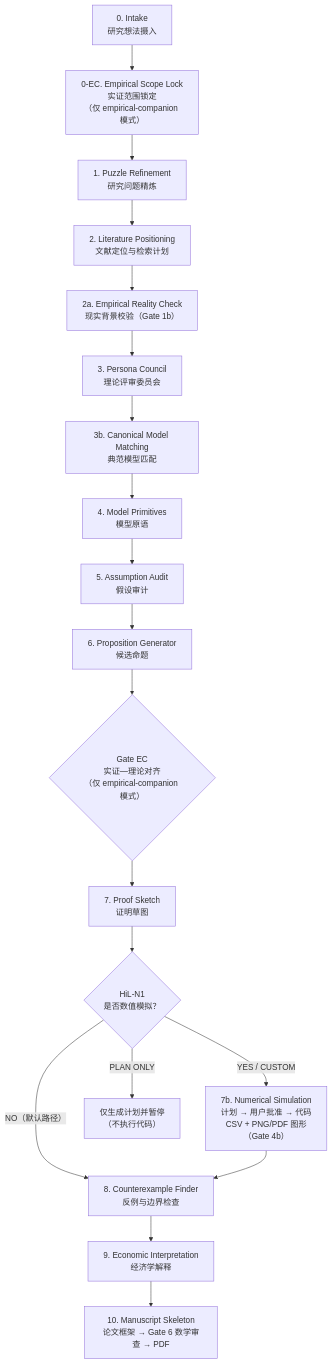
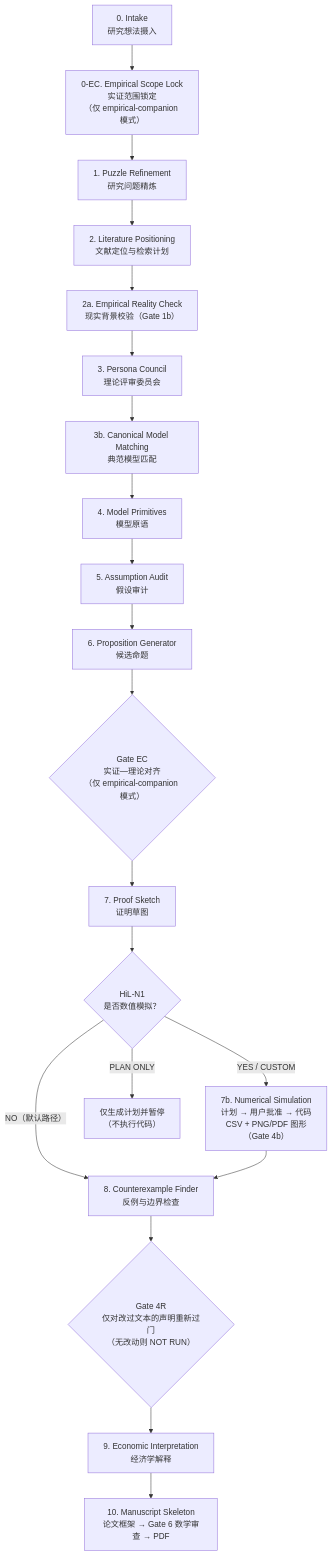
The diagram in README.md (maxwell2732/pAI-Econ-claude), drawn with Mermaid before and after one commit. The commit also changed other lines of this file and 11 other files, not shown here.

````diff
--- a/README.md
+++ b/README.md
@@ -518,21 +533,22 @@
 ```mermaid
 flowchart TD
     A["0. Intake<br/>研究想法摄入"] --> A2["0-EC. Empirical Scope Lock<br/>实证范围锁定<br/>（仅 empirical-companion 模式）"]
     A2 --> B["1. Puzzle Refinement<br/>研究问题精炼"]
     B --> C["2. Literature Positioning<br/>文献定位与检索计划"]
     C --> C2["2a. Empirical Reality Check<br/>现实背景校验（Gate 1b）"]
     C2 --> D["3. Persona Council<br/>理论评审委员会"]
     D --> E["3b. Canonical Model Matching<br/>典范模型匹配"]
     E --> F["4. Model Primitives<br/>模型原语"]
     F --> G["5. Assumption Audit<br/>假设审计"]
     G --> H["6. Proposition Generator<br/>候选命题"]
     H --> HE{"Gate EC<br/>实证—理论对齐<br/>（仅 empirical-companion 模式）"}
     HE --> I["7. Proof Sketch<br/>证明草图"]
     I --> N1{"HiL-N1<br/>是否数值模拟？"}
     N1 -- "NO（默认路径）" --> J["8. Counterexample Finder<br/>反例与边界检查"]
     N1 -- "YES / CUSTOM" --> N2["7b. Numerical Simulation<br/>计划 → 用户批准 → 代码<br/>CSV + PNG/PDF 图形<br/>（Gate 4b）"]
     N1 -- "PLAN ONLY" --> NP["仅生成计划并暂停<br/>（不执行代码）"]
     N2 --> J
-    J --> K["9. Economic Interpretation<br/>经济学解释"]
+    J --> JR{"Gate 4R<br/>仅对改过文本的声明重新过门<br/>（无改动则 NOT RUN）"}
+    JR --> K["9. Economic Interpretation<br/>经济学解释"]
     K --> L["10. Manuscript Skeleton<br/>论文框架 → Gate 6 数学审查 → PDF"]
 ```
````
